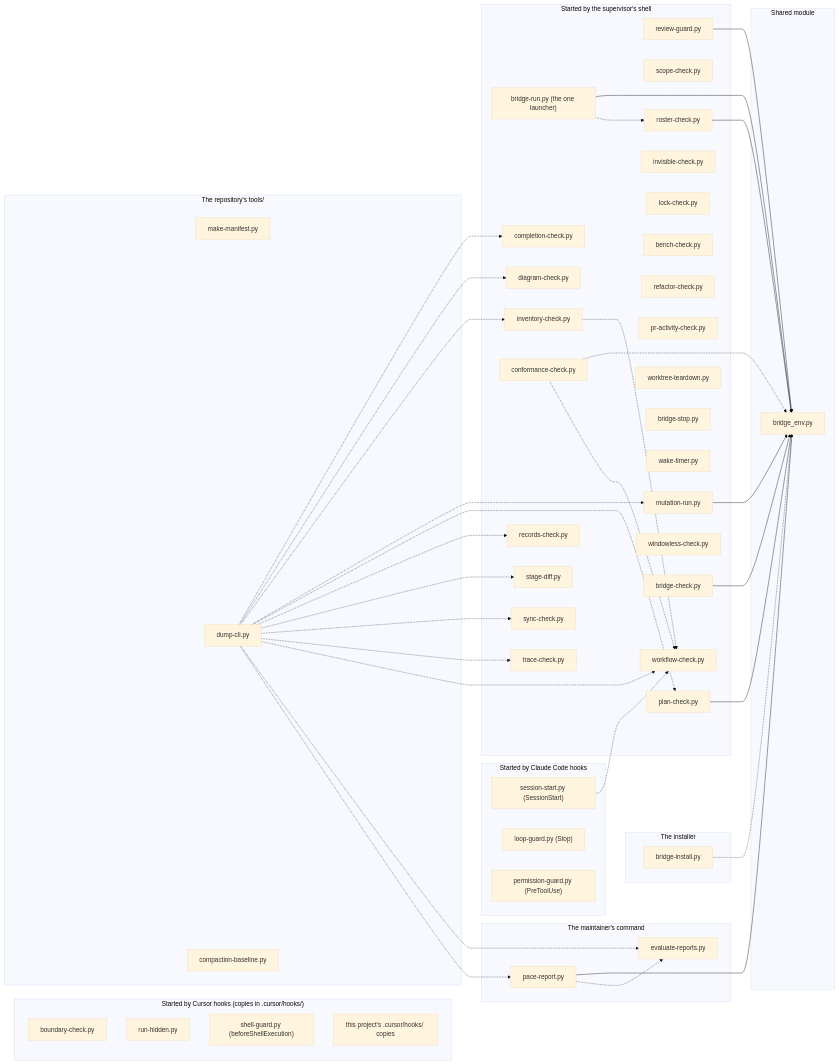
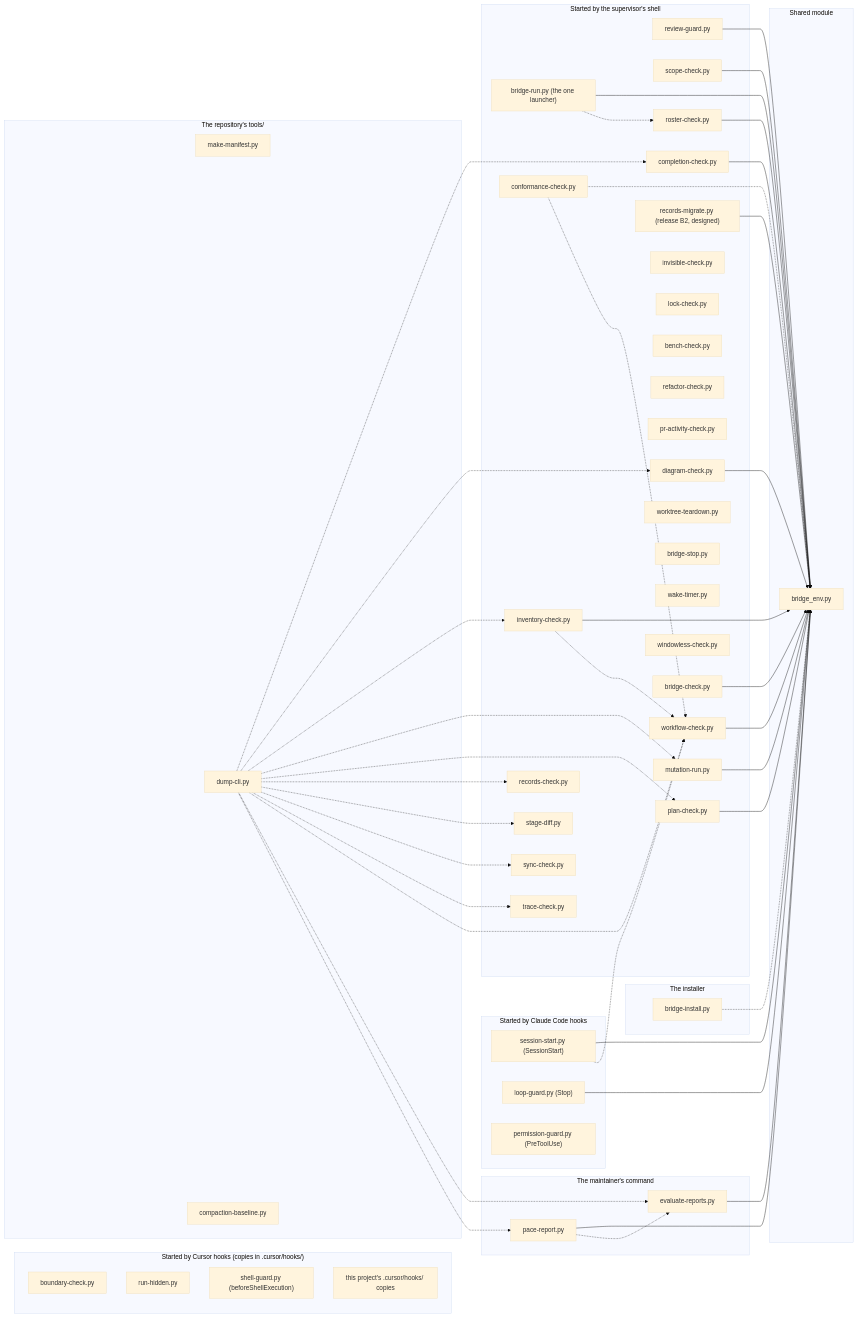
The diagram in docs/diagrams/D-002-components.md (latentfoundrycode/p18-claude-cursor-bridge), drawn with Mermaid (base theme) before and after one commit. The commit also changed other lines of this file and 13 other files, not shown here.

First line of the commit message:
Design: release B2, machine-readable headers on the records, and its plan addendum (R-057 R-058 R-059 R-060 R-061 R-062 R-063 R-064) (#136)

```diff
--- a/docs/diagrams/D-002-components.md
+++ b/docs/diagrams/D-002-components.md
@@ -80,6 +84,7 @@
         workflow_check["workflow-check.py"]
         trace_check["trace-check.py"]
         records_check["records-check.py"]
+        records_migrate["records-migrate.py (release B2, designed)"]
         stage_diff["stage-diff.py"]
         invisible_check["invisible-check.py"]
         lock_check["lock-check.py"]
@@ -125,7 +130,7 @@
     end
 
     %% external: project_cursor_hooks
-    %% plain imports: seen by check:components
+    %% plain imports: seen by check:components (as built)
     bridge_run --> bridge_env
     review_guard --> bridge_env
     plan_check --> bridge_env
@@ -133,6 +138,17 @@
     mutation_run --> bridge_env
     bridge_check --> bridge_env
     pace_report --> bridge_env
+
+    %% plain imports as designed for release B2 (the header reader), built by its increments
+    completion_check --> bridge_env
+    diagram_check --> bridge_env
+    inventory_check --> bridge_env
+    scope_check --> bridge_env
+    workflow_check --> bridge_env
+    loop_guard --> bridge_env
+    session_start --> bridge_env
+    evaluate_reports --> bridge_env
+    records_migrate --> bridge_env
 
     %% loads by file (spec_from_file_location): seen by diff-reviewer's review item
     conformance_check -.-> bridge_env
```
